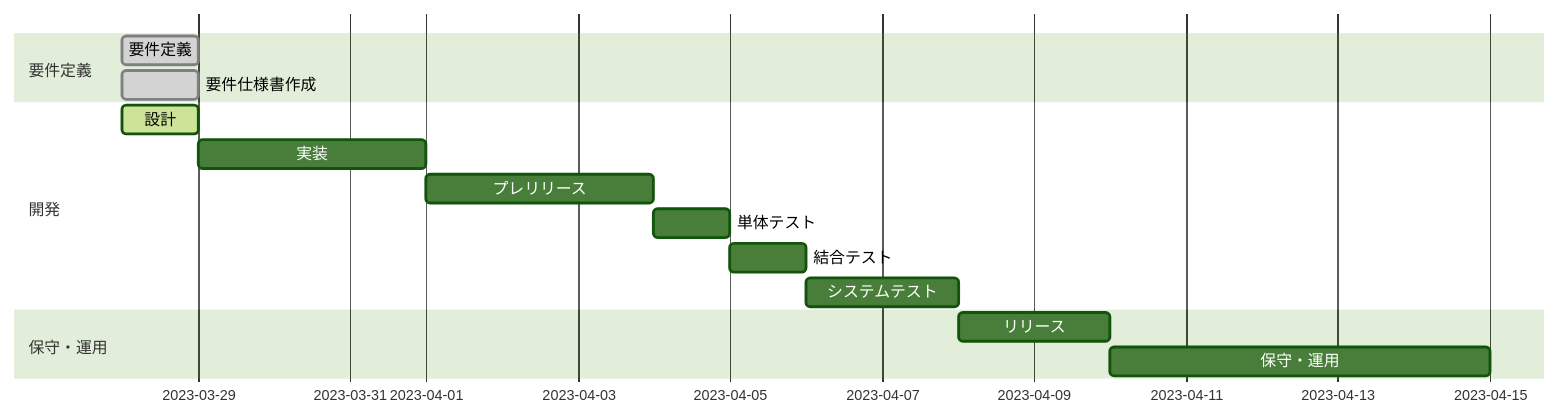
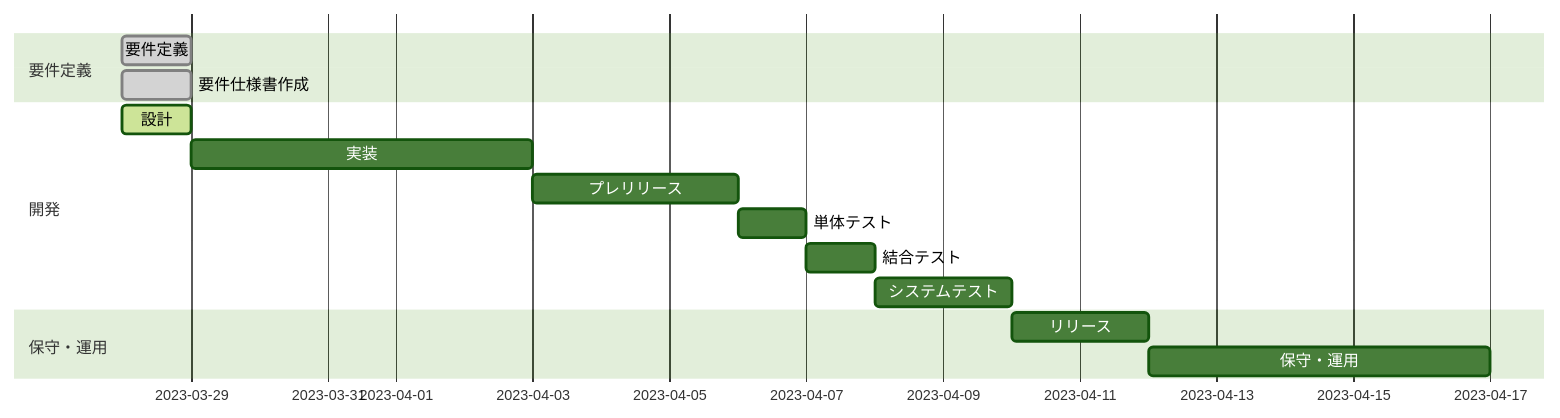
One commit to yumekiti-archive/ClubsActivity changed the first of 2 diagrams in README.md. Above: the diagram before and after it, drawn with Mermaid (forest theme). The commit also changed other lines of this file, not shown here.

Commit message:
`change` mermaidを変更した

````diff
--- a/README.md
+++ b/README.md
@@ -23,19 +23,19 @@
 ```mermaid
 gantt
 
 section 要件定義
 要件定義 :done, des1, 2023-03-28, 1d
 要件仕様書作成 :done, des2, 2023-03-28, 1d
 
 section 開発
 設計 :active, des3, 2023-03-28, 1d
-実装 : des4, after des3, 3d
+実装 : des4, after des3, 5d
 プレリリース : des5, after des4, 3d
 単体テスト : des6, after des5, 1d
 結合テスト : des7, after des6, 1d
 システムテスト : des8, after des7, 2d
 
 section 保守・運用
 リリース : des9, after des8, 2d
 保守・運用 : des10, after des9, 5d
 ```
````
